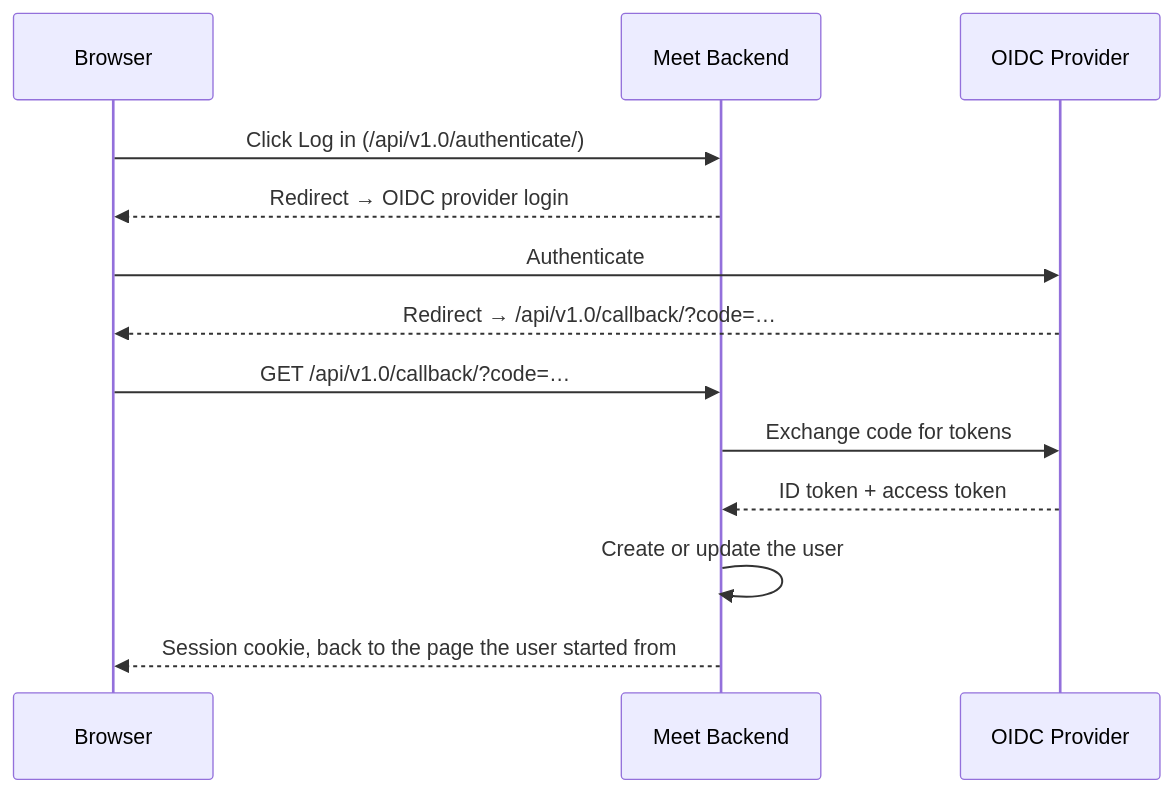
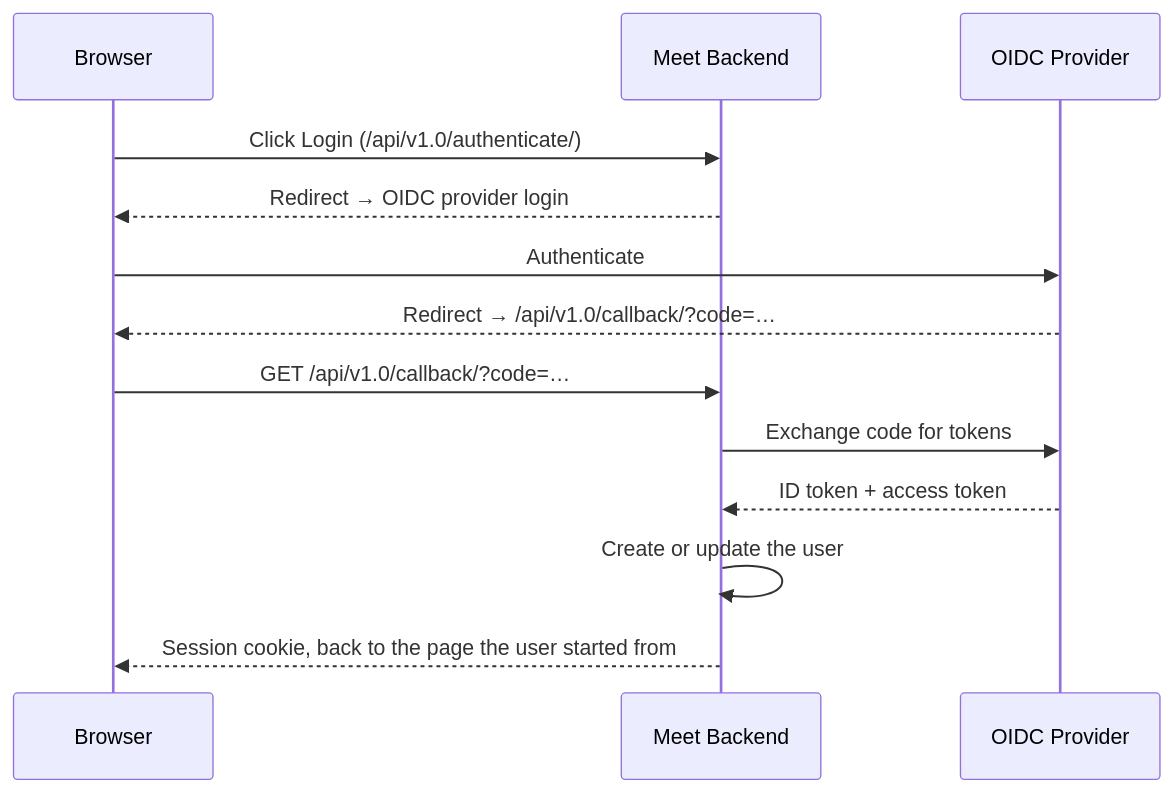
One commit to suitenumerique/meet changed the diagram in docs/self-hosting/configuration/sso.md. Above: the diagram before and after it, drawn with Mermaid. The commit also changed other lines of this file and 51 other files, not shown here.

````diff
--- a/docs/self-hosting/configuration/sso.md
+++ b/docs/self-hosting/configuration/sso.md
@@ -5,16 +5,16 @@
 ```mermaid
 sequenceDiagram
     participant B as Browser
     participant BE as Meet Backend
     participant KC as OIDC Provider
 
-    B->>BE: Click Log in (/api/v1.0/authenticate/)
+    B->>BE: Click Login (/api/v1.0/authenticate/)
     BE-->>B: Redirect → OIDC provider login
     B->>KC: Authenticate
     KC-->>B: Redirect → /api/v1.0/callback/?code=…
     B->>BE: GET /api/v1.0/callback/?code=…
     BE->>KC: Exchange code for tokens
     KC-->>BE: ID token + access token
     BE->>BE: Create or update the user
     BE-->>B: Session cookie, back to the page the user started from
 ```
````
